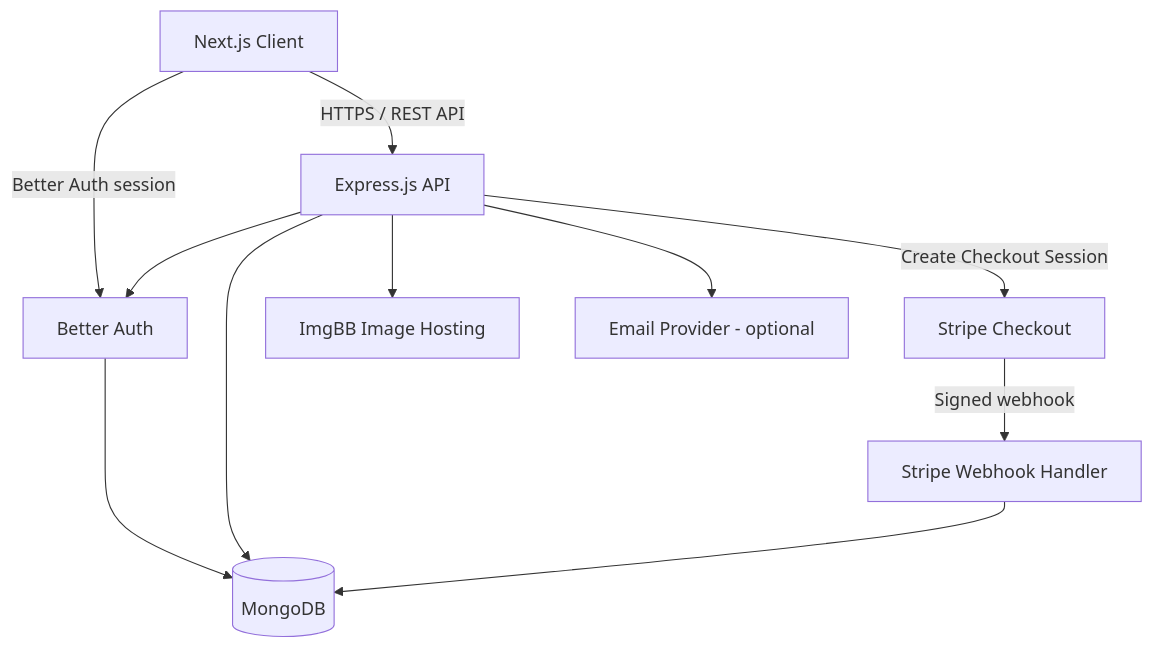
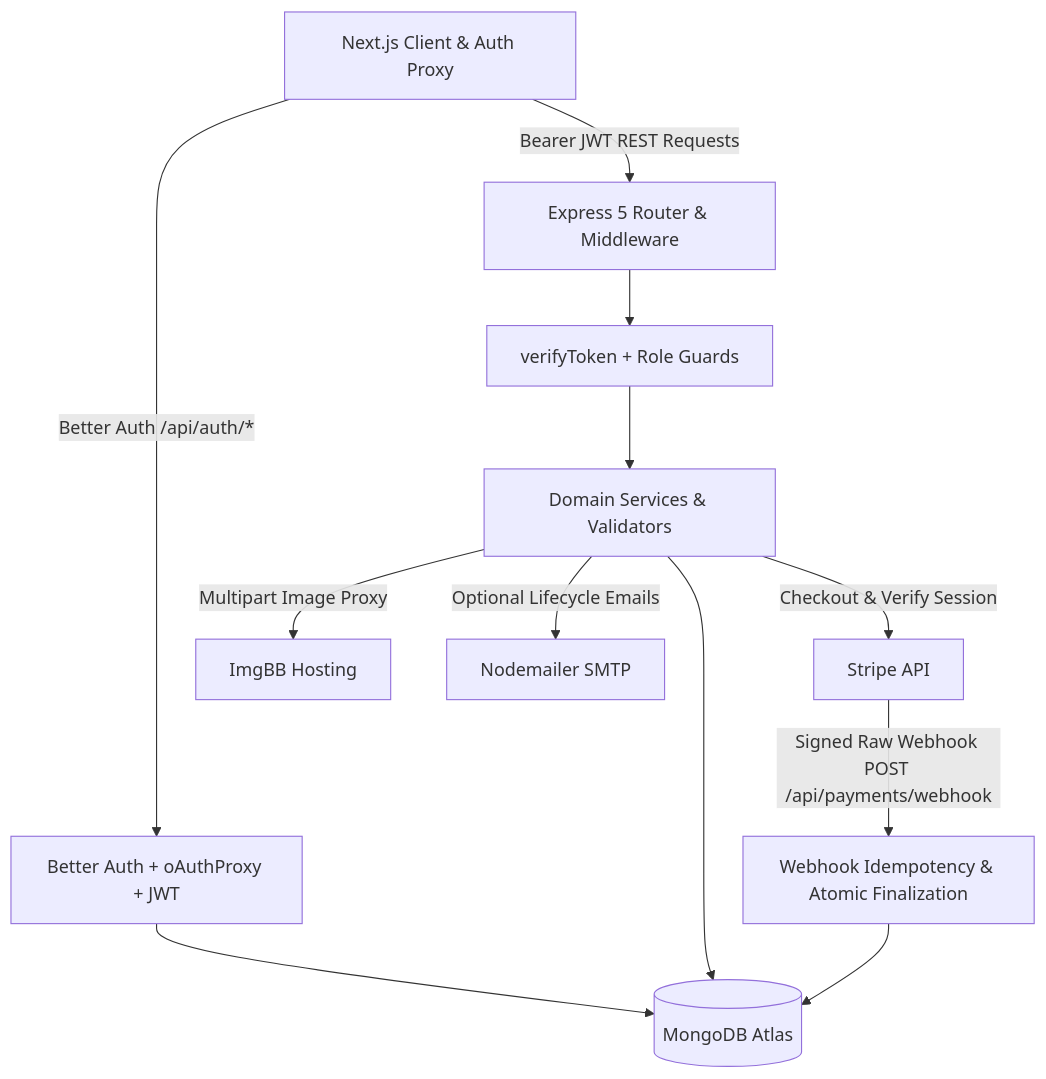
The diagram in README.md (iRfANhAiDeRABiR/b14-A-009-server), drawn with Mermaid before and after one commit. The commit also changed other lines of this file, not shown here.

````diff
--- a/README.md
+++ b/README.md
@@ -86,13 +64,14 @@
-``` mermaid
+```mermaid
 flowchart TD
-    C[Next.js Client] -->|HTTPS / REST API| E[Express.js API]
-    C -->|Better Auth session| B[Better Auth]
-    E --> B
-    B --> M[(MongoDB)]
-    E --> M
-    E -->|Create Checkout Session| S[Stripe Checkout]
-    S -->|Signed webhook| W[Stripe Webhook Handler]
-    W --> M
-    E --> I[ImgBB Image Hosting]
-    E --> N[Email Provider - optional]
+    C[Next.js Client & Auth Proxy] -->|Better Auth /api/auth/*| BA[Better Auth + oAuthProxy + JWT]
+    C -->|Bearer JWT REST Requests| EX[Express 5 Router & Middleware]
+    BA --> DB[(MongoDB Atlas)]
+    EX --> RBAC[verifyToken + Role Guards]
+    RBAC --> SVC[Domain Services & Validators]
+    SVC --> DB
+    SVC -->|Checkout & Verify Session| ST[Stripe API]
+    ST -->|Signed Raw Webhook POST /api/payments/webhook| WH[Webhook Idempotency & Atomic Finalization]
+    WH --> DB
+    SVC -->|Multipart Image Proxy| IMG[ImgBB Hosting]
+    SVC -->|Optional Lifecycle Emails| SMTP[Nodemailer SMTP]
 ```
````
